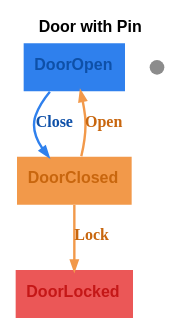
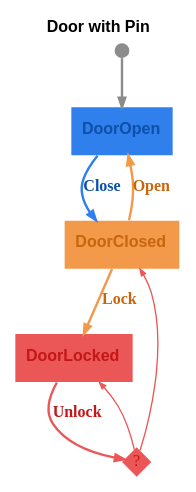
The diagram in graphs/door-with-pin.dot (m-bock/purescript-transit), drawn with Graphviz before and after one commit. The commit also changed 12 other files, not shown here.

Commit message:
Enhance door state graphs by adding decision nodes for unlocking scenarios. Update DOT and SVG representations for Door with Alarm, Door with Lock, and Door with Pin to reflect new decision structures and improve visualization of state transitions. Ensure consistent state management across examples.

```diff
--- a/graphs/door-with-pin.dot
+++ b/graphs/door-with-pin.dot
@@ -1,11 +1,16 @@
 digraph 
 {
 rankdir = "TD";fontname = "Arial";label = <<b>Door with Pin</b>>;labelloc = "t";fontsize = 12
 DoorOpen [shape = "box", label = <<b>DoorOpen</b>>, fontsize = 12, style = "filled", fillcolor = "#2f80ed", fontcolor = "#0e50a8", fontname = "Arial", labelloc = "c", penwidth = 0.0]
 __Start__ [shape = "circle", label = "", width = 0.15, height = 0.15, fixedsize = true, style = "filled", fillcolor = "#8c8c8c", penwidth = 0.0]
+__Start__ -> DoorOpen [color = "#8c8c8c", fontsize = 12, arrowsize = "0.7", penwidth = 1.8]
 DoorOpen -> DoorClosed [color = "#2f80ed", fontcolor = "#0e50a8", fontsize = 12, arrowsize = "0.7", label = <<b>Close</b>>, penwidth = 1.8]
 DoorClosed [shape = "box", label = <<b>DoorClosed</b>>, fontsize = 12, style = "filled", fillcolor = "#f2994a", fontcolor = "#c8660e", fontname = "Arial", labelloc = "c", penwidth = 0.0]
 DoorClosed -> DoorOpen [color = "#f2994a", fontcolor = "#c8660e", fontsize = 12, arrowsize = "0.7", label = <<b>Open</b>>, penwidth = 1.8]
 DoorClosed -> DoorLocked [color = "#f2994a", fontcolor = "#c8660e", fontsize = 12, arrowsize = "0.7", label = <<b>Lock</b>>, penwidth = 1.8]
 DoorLocked [shape = "box", label = <<b>DoorLocked</b>>, fontsize = 12, style = "filled", fillcolor = "#eb5757", fontcolor = "#c41717", fontname = "Arial", labelloc = "c", penwidth = 0.0]
+decision_DoorLocked_Unlock [shape = "diamond", label = "?", fontsize = 12, fontcolor = "#c41717", style = "filled", fillcolor = "#eb5757", penwidth = 0.0, fixedsize = true, width = 0.3, height = 0.3]
+DoorLocked -> decision_DoorLocked_Unlock [color = "#eb5757", fontcolor = "#c41717", fontsize = 12, arrowsize = "0.7", label = <<b>Unlock</b>>, penwidth = 1.8]
+decision_DoorLocked_Unlock -> DoorLocked [color = "#eb5757", fontcolor = "#c41717", fontsize = 10, arrowsize = "0.5", penwidth = 1.8, penwidth = 1.0]
+decision_DoorLocked_Unlock -> DoorClosed [color = "#eb5757", fontcolor = "#c41717", fontsize = 10, arrowsize = "0.5", penwidth = 1.8, penwidth = 1.0]
 }
```
